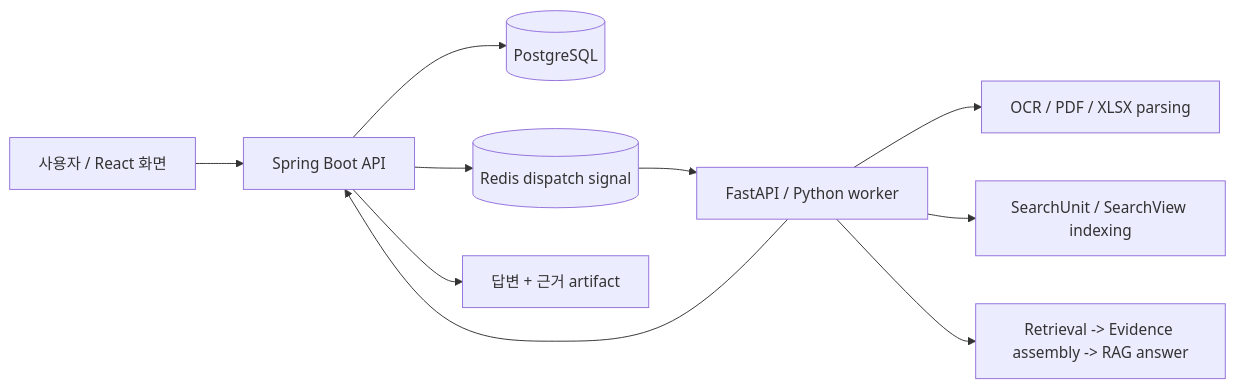
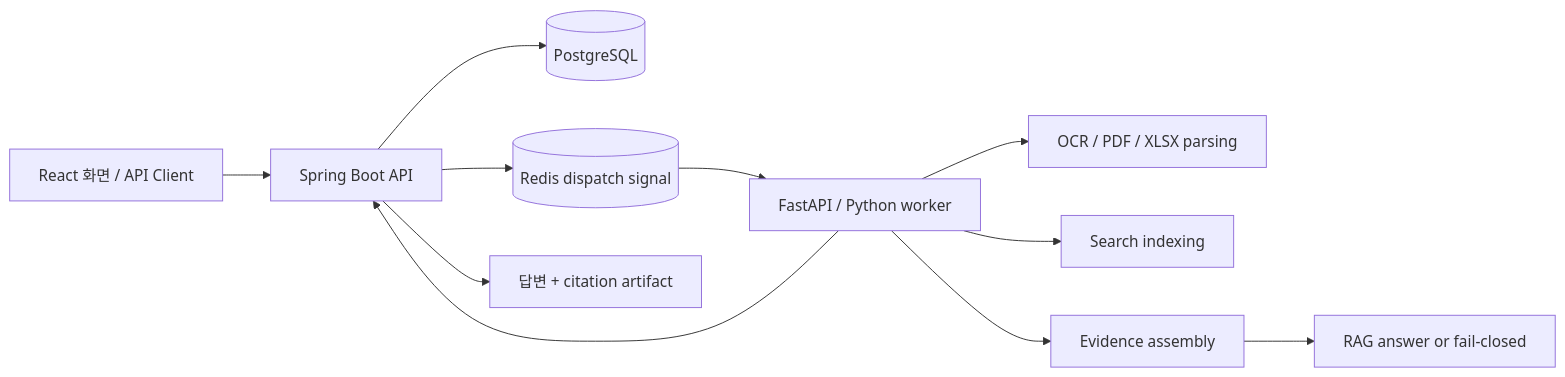
One commit to sfr9802/async-ai-document-pipeline-with-domain-rag changed the diagram in README.md. Above: the diagram before and after it, drawn with Mermaid. The commit also changed other lines of this file and 4 other files, not shown here.

````diff
--- a/README.md
+++ b/README.md
@@ -112,16 +97,13 @@
 ```mermaid
 flowchart LR
-    Client["사용자 / React 화면"] --> Core["Spring Boot API"]
-
+    Client["React 화면 / API Client"] --> Core["Spring Boot API"]
     Core --> DB[("PostgreSQL")]
     Core --> Redis[("Redis dispatch signal")]
-
     Redis --> Worker["FastAPI / Python worker"]
-
     Worker --> Parse["OCR / PDF / XLSX parsing"]
-    Worker --> Index["SearchUnit / SearchView indexing"]
-    Worker --> RAG["Retrieval -> Evidence assembly -> RAG answer"]
-
+    Worker --> Index["Search indexing"]
+    Worker --> Evidence["Evidence assembly"]
+    Evidence --> Answer["RAG answer or fail-closed"]
     Worker --> Core
-    Core --> Result["답변 + 근거 artifact"]
+    Core --> Result["답변 + citation artifact"]
 ```
````
